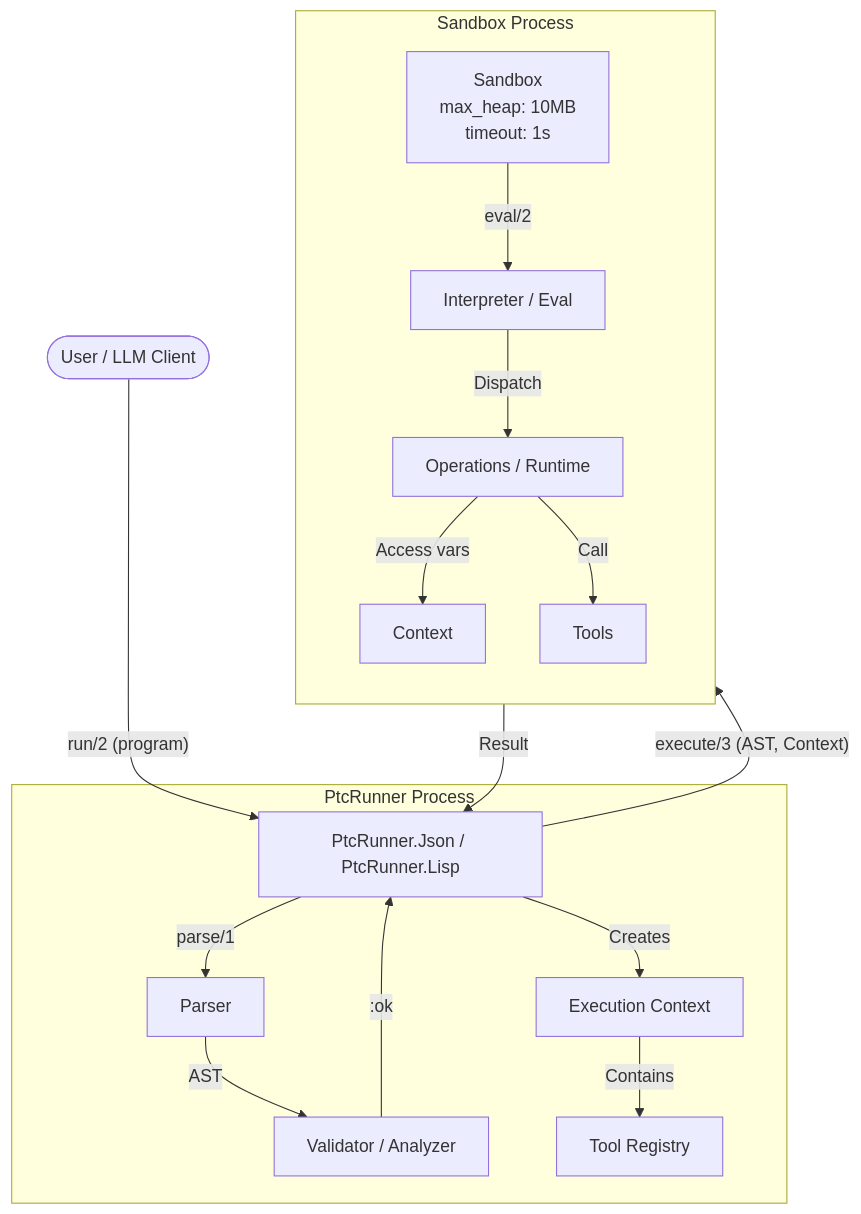
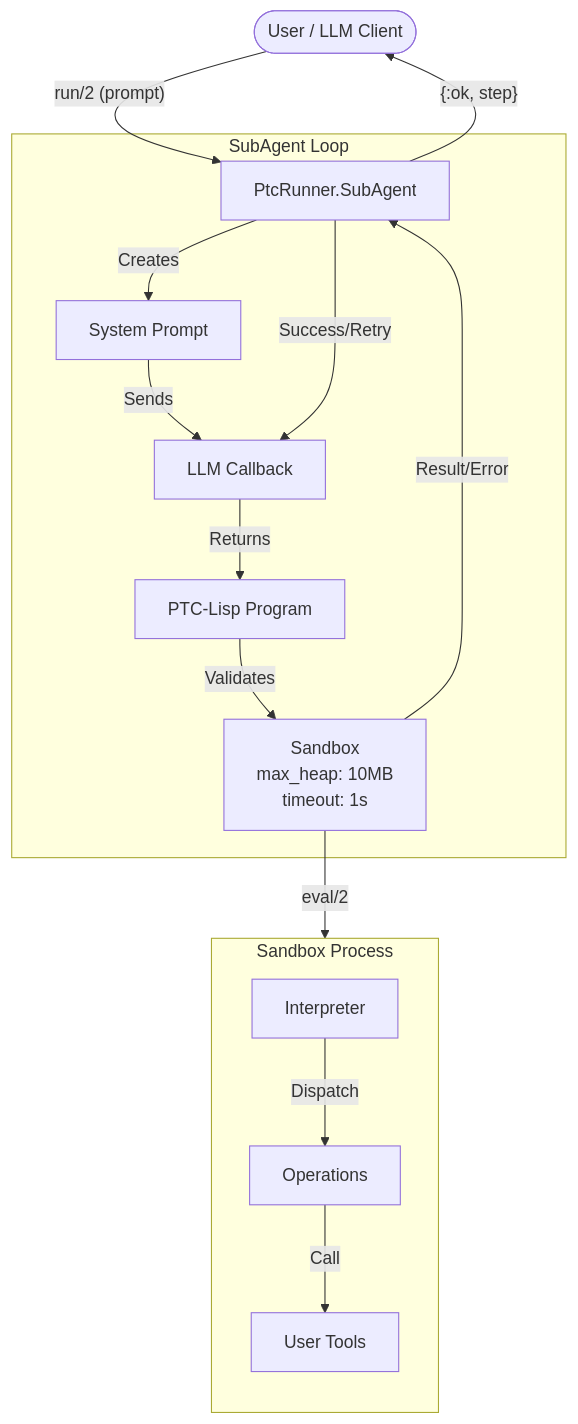
Before and after one commit to andreasronge/ptc_runner: the diagram in docs/guide.md, drawn with Mermaid. The commit also changed other lines of this file and 14 other files, not shown here.

First line of the commit message:
docs: restructure for SubAgent-first and create troubleshooting guide

````diff
--- a/docs/guide.md
+++ b/docs/guide.md
@@ -5,24 +11,23 @@
 ```mermaid
 flowchart TD
-      User([User / LLM Client]) -->|"run/2 (program)"| Runner[PtcRunner.Json / PtcRunner.Lisp]
+    User([User / LLM Client]) -->|"run/2 (prompt)"| SubAgent[PtcRunner.SubAgent]
 
-      subgraph "PtcRunner Process"
-          Runner -->|parse/1| Parser[Parser]
-          Parser -->|AST| Validator[Validator / Analyzer]
-          Validator -->|":ok"| Runner
-          Runner -->|Creates| Context[Execution Context]
-          Context -- Contains --> Tools[Tool Registry]
-      end
+    subgraph "SubAgent Loop"
+        SubAgent -->|Creates| Prompt[System Prompt]
+        Prompt -->|Sends| LLM[LLM Callback]
+        LLM -->|Returns| Code[PTC-Lisp Program]
+        Code -->|Validates| Sandbox
+    end
 
-      subgraph "Sandbox Process"
-          direction TB
-          Sandbox[Sandbox<br/>max_heap: 10MB<br/>timeout: 1s]
-          Sandbox -->|eval/2| Interpreter[Interpreter / Eval]
-          Interpreter -->|Dispatch| Ops[Operations / Runtime]
-          Ops -->|Access vars| ContextRef[Context]
-          Ops -->|Call| ToolsRef[Tools]
-      end
+    subgraph "Sandbox Process"
+        direction TB
+        Sandbox[Sandbox<br/>max_heap: 10MB<br/>timeout: 1s]
+        Sandbox -->|eval/2| Interpreter[Interpreter]
+        Interpreter -->|Dispatch| Ops[Operations]
+        Ops -->|Call| Tools[User Tools]
+    end
 
-      Runner -->|"execute/3 (AST, Context)"| Sandbox
-      Sandbox -->|Result| Runner
+    Sandbox -->|Result/Error| SubAgent
+    SubAgent -->|Success/Retry| LLM
+    SubAgent -->|"{:ok, step}"| User
 ```
````
